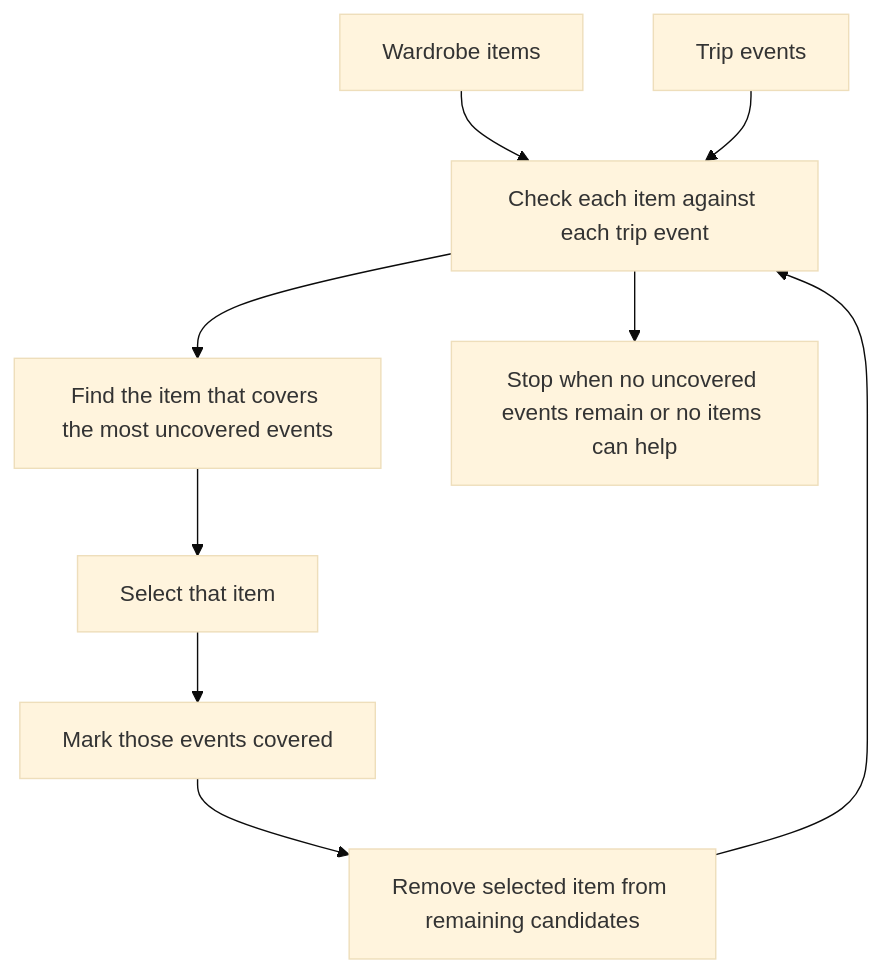
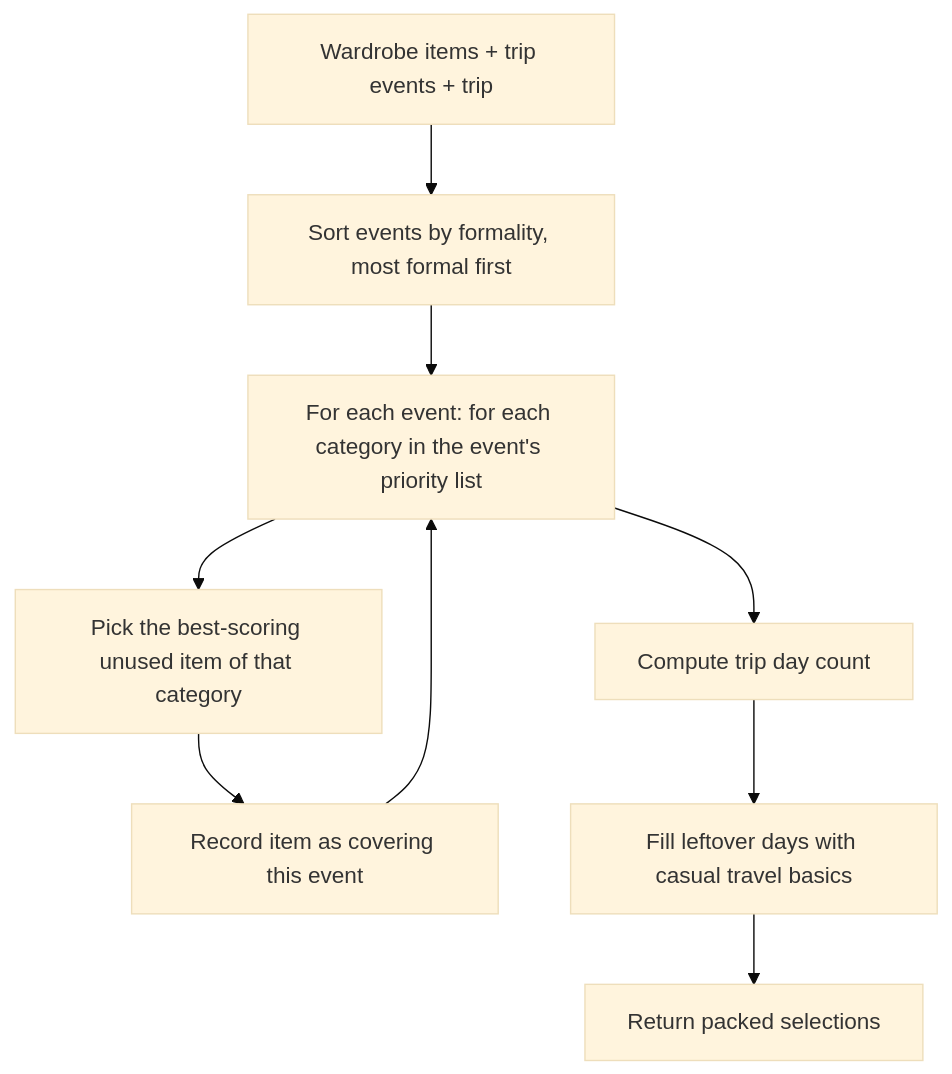
Before and after one commit to Michvista/Charis: the diagram in backend/apps/tripplanner/ALGORITHM.md, drawn with Mermaid (base theme). The commit also changed other lines of this file and 10 other files, not shown here.

First line of the commit message:
Fix trip CRUD, one-click batch wardrobe curation, and worker tagging

````diff
--- a/backend/apps/tripplanner/ALGORITHM.md
+++ b/backend/apps/tripplanner/ALGORITHM.md
@@ -43,11 +50,11 @@
 ```mermaid
 flowchart TD
-    A[Wardrobe items] --> B[Check each item against each trip event]
-    C[Trip events] --> B
-    B --> D[Find the item that covers the most uncovered events]
-    D --> E[Select that item]
-    E --> F[Mark those events covered]
-    F --> G[Remove selected item from remaining candidates]
-    G --> B
-    B --> H[Stop when no uncovered events remain or no items can help]
+    A[Wardrobe items + trip events + trip] --> B[Sort events by formality, most formal first]
+    B --> C[For each event: for each category in the event's priority list]
+    C --> D[Pick the best-scoring unused item of that category]
+    D --> E[Record item as covering this event]
+    E --> C
+    C --> F[Compute trip day count]
+    F --> G[Fill leftover days with casual travel basics]
+    G --> H[Return packed selections]
 ```
````
